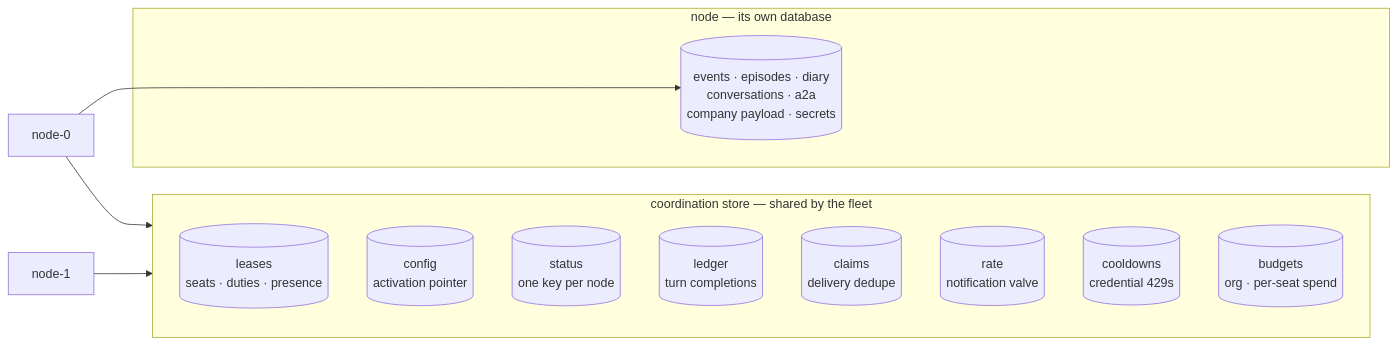
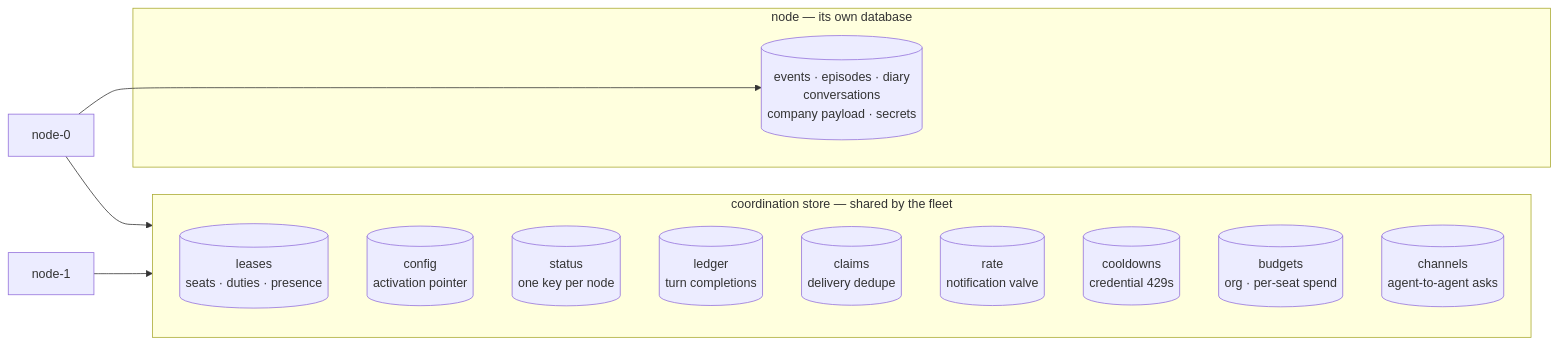
One commit to crewlet/crewlet changed the diagram in docs/concepts/coordination.md. Above: the diagram before and after it, drawn with Mermaid. The commit also changed other lines of this file and 21 other files, not shown here.

````diff
--- a/docs/concepts/coordination.md
+++ b/docs/concepts/coordination.md
@@ -38,19 +38,20 @@
 ```mermaid
 flowchart LR
     subgraph COORD["coordination store — shared by the fleet"]
         L[("leases<br/>seats · duties · presence")]
         C[("config<br/>activation pointer")]
         S[("status<br/>one key per node")]
         LG[("ledger<br/>turn completions")]
         CL[("claims<br/>delivery dedupe")]
         R[("rate<br/>notification valve")]
         CD[("cooldowns<br/>credential 429s")]
         B[("budgets<br/>org · per-seat spend")]
+        CH[("channels<br/>agent-to-agent asks")]
     end
     subgraph NODE["node — its own database"]
-        DB[("events · episodes · diary<br/>conversations · a2a<br/>company payload · secrets")]
+        DB[("events · episodes · diary<br/>conversations<br/>company payload · secrets")]
     end
     N1["node-0"] --> COORD
     N2["node-1"] --> COORD
     N1 --> DB
 ```
````
